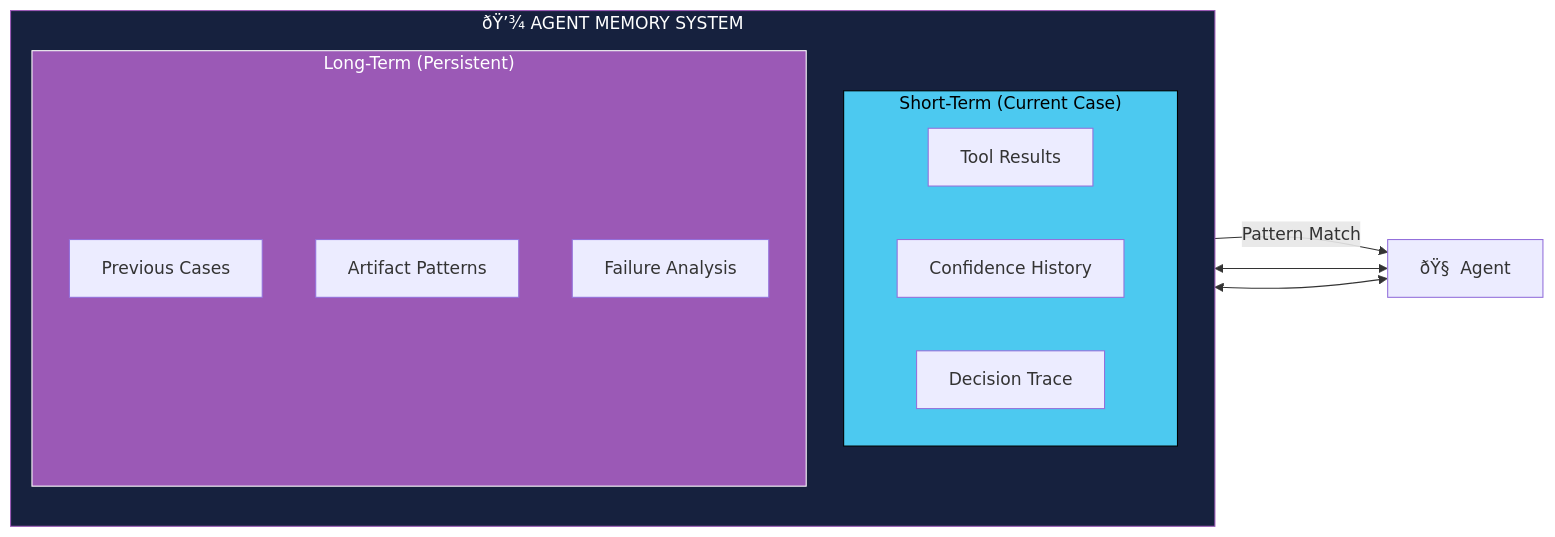
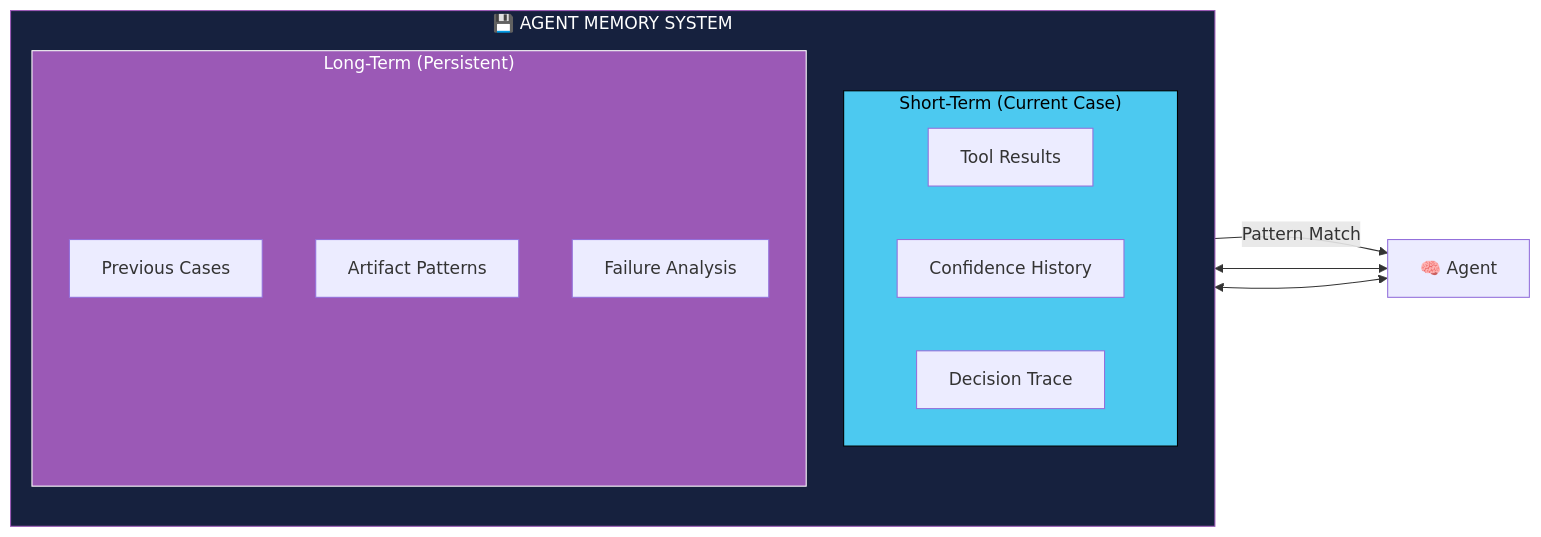
The fifth of 10 diagrams in README.md (gaurav337/Aegis-X), drawn with Mermaid before and after one commit. The commit also changed other lines of this file, not shown here.

````diff
--- a/README.md
+++ b/README.md
@@ -1015,27 +1015,27 @@
 ```mermaid
 flowchart LR
-    subgraph MEMORY["ðŸ’¾ AGENT MEMORY SYSTEM"]
+    subgraph MEMORY["💾 AGENT MEMORY SYSTEM"]
         direction TB
         
         subgraph SHORT["Short-Term (Current Case)"]
             S1["Tool Results"]
             S2["Confidence History"]
             S3["Decision Trace"]
         end
         
         subgraph LONG["Long-Term (Persistent)"]
             L1["Previous Cases"]
             L2["Artifact Patterns"]
             L3["Failure Analysis"]
         end
     end
 
-    AGENT["ðŸ§  Agent"] <--> SHORT
+    AGENT["🧠 Agent"] <--> SHORT
     AGENT <--> LONG
     
     L2 -->|"Pattern Match"| AGENT
 
     style MEMORY fill:#16213e,stroke:#9b59b6,color:#fff
     style SHORT fill:#4cc9f0,stroke:#000,color:#000
     style LONG fill:#9b59b6,stroke:#fff,color:#fff
 ```
````
